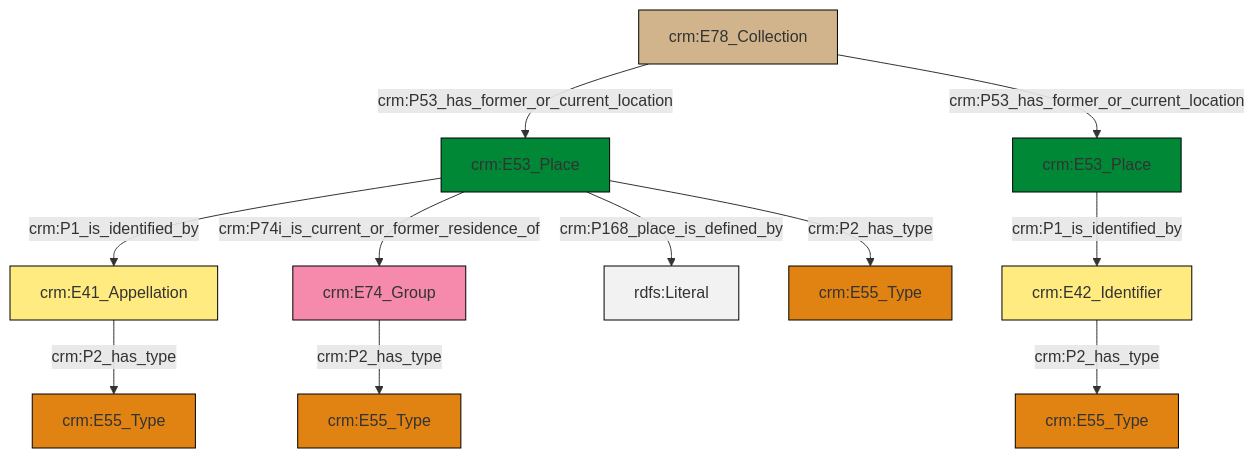
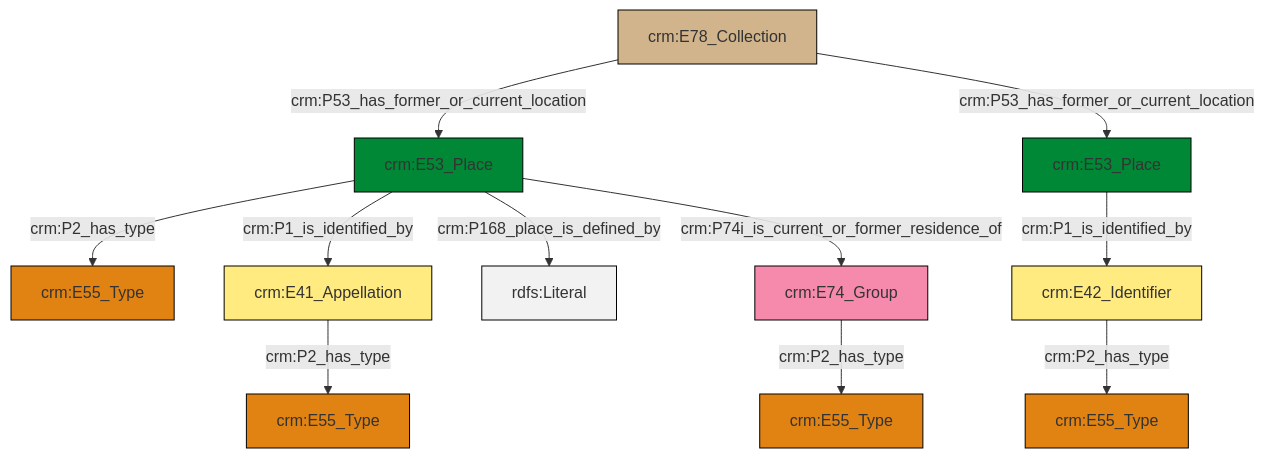
The diagram in et/archivalCSV/ttl/mmd/archival_location.ttl.mmd (swiss-art-research-net/docs.swissartresearch), drawn with Mermaid before and after one commit. The commit also changed 180 other files, not shown here.

```diff
--- a/et/archivalCSV/ttl/mmd/archival_location.ttl.mmd
+++ b/et/archivalCSV/ttl/mmd/archival_location.ttl.mmd
@@ -1,25 +1,25 @@
 graph TD
 classDef Literal fill:#f2f2f2,stroke:#000000;
 classDef CRM_Entity fill:#FFFFFF,stroke:#000000;
 classDef Temporal_Entity fill:#00C9E6, stroke:#000000;
 classDef Type fill:#E18312, stroke:#000000;
 classDef Time-Span fill:#2C9C91, stroke:#000000;
 classDef Appellation fill:#FFEB7F, stroke:#000000;
 classDef Place fill:#008836, stroke:#000000;
 classDef Persistent_Item fill:#B266B2, stroke:#000000;
 classDef Conceptual_Object fill:#FFD700, stroke:#000000;
 classDef Physical_Thing fill:#D2B48C, stroke:#000000;
 classDef Actor fill:#f58aad, stroke:#000000;
 classDef PC_Classes fill:#4ce600, stroke:#000000;
 classDef Multi fill:#cccccc,stroke:#000000;
 
-0["crm:E41_Appellation"]:::Appellation -->|crm:P2_has_type| 1["crm:E55_Type"]:::Type
-2["crm:E53_Place"]:::Place -->|crm:P1_is_identified_by| 0["crm:E41_Appellation"]:::Appellation
-3["crm:E53_Place"]:::Place -->|crm:P1_is_identified_by| 4["crm:E42_Identifier"]:::Appellation
-2["crm:E53_Place"]:::Place -->|crm:P74i_is_current_or_former_residence_of| 5["crm:E74_Group"]:::Actor
-2["crm:E53_Place"]:::Place -->|crm:P168_place_is_defined_by| 11[rdfs:Literal]:::Literal
-5["crm:E74_Group"]:::Actor -->|crm:P2_has_type| 6["crm:E55_Type"]:::Type
-2["crm:E53_Place"]:::Place -->|crm:P2_has_type| 15["crm:E55_Type"]:::Type
-19["crm:E78_Collection"]:::Physical_Thing -->|crm:P53_has_former_or_current_location| 2["crm:E53_Place"]:::Place
-4["crm:E42_Identifier"]:::Appellation -->|crm:P2_has_type| 12["crm:E55_Type"]:::Type
-19["crm:E78_Collection"]:::Physical_Thing -->|crm:P53_has_former_or_current_location| 3["crm:E53_Place"]:::Place
+4["crm:E53_Place"]:::Place -->|crm:P2_has_type| 5["crm:E55_Type"]:::Type
+6["crm:E78_Collection"]:::Physical_Thing -->|crm:P53_has_former_or_current_location| 4["crm:E53_Place"]:::Place
+8["crm:E53_Place"]:::Place -->|crm:P1_is_identified_by| 9["crm:E42_Identifier"]:::Appellation
+0["crm:E41_Appellation"]:::Appellation -->|crm:P2_has_type| 2["crm:E55_Type"]:::Type
+9["crm:E42_Identifier"]:::Appellation -->|crm:P2_has_type| 12["crm:E55_Type"]:::Type
+4["crm:E53_Place"]:::Place -->|crm:P1_is_identified_by| 0["crm:E41_Appellation"]:::Appellation
+6["crm:E78_Collection"]:::Physical_Thing -->|crm:P53_has_former_or_current_location| 8["crm:E53_Place"]:::Place
+15["crm:E74_Group"]:::Actor -->|crm:P2_has_type| 10["crm:E55_Type"]:::Type
+4["crm:E53_Place"]:::Place -->|crm:P168_place_is_defined_by| 21[rdfs:Literal]:::Literal
+4["crm:E53_Place"]:::Place -->|crm:P74i_is_current_or_former_residence_of| 15["crm:E74_Group"]:::Actor
```
